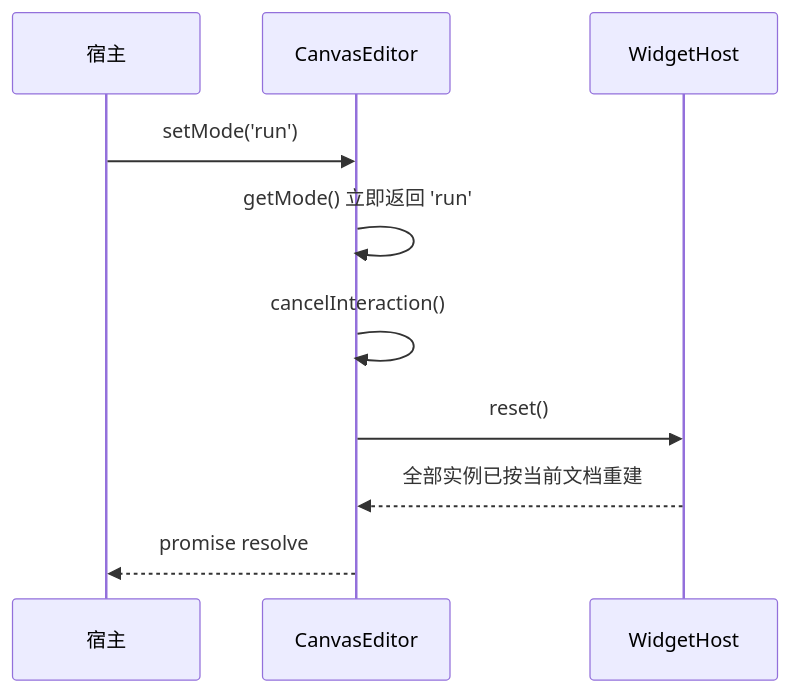
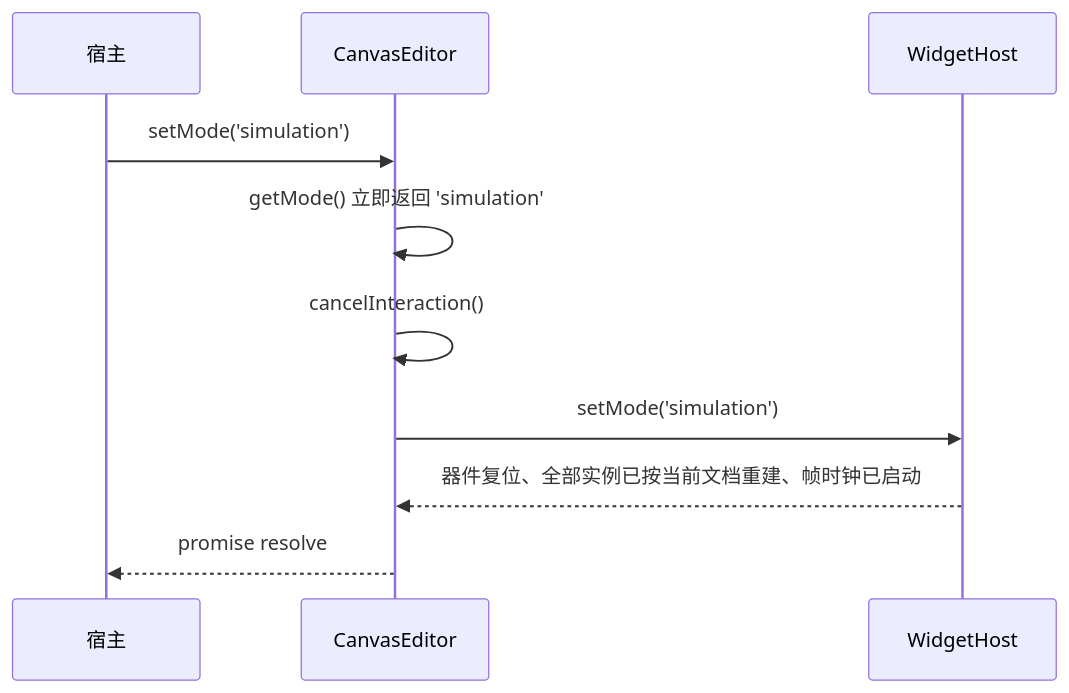
Before and after one commit to x-botlab/mica-js: the second of 2 diagrams in packages/canvas-editor/README.md, drawn with Mermaid. The commit also changed other lines of this file and 391 other files, not shown here.

````diff
--- a/packages/canvas-editor/README.md
+++ b/packages/canvas-editor/README.md
@@ -157,13 +230,13 @@
 ```mermaid
 sequenceDiagram
   participant App as 宿主
   participant Editor as CanvasEditor
   participant Host as WidgetHost
 
-  App->>Editor: setMode('run')
-  Editor->>Editor: getMode() 立即返回 'run'
+  App->>Editor: setMode('simulation')
+  Editor->>Editor: getMode() 立即返回 'simulation'
   Editor->>Editor: cancelInteraction()
-  Editor->>Host: reset()
-  Host-->>Editor: 全部实例已按当前文档重建
+  Editor->>Host: setMode('simulation')
+  Host-->>Editor: 器件复位、全部实例已按当前文档重建、帧时钟已启动
   Editor-->>App: promise resolve
 ```
````
